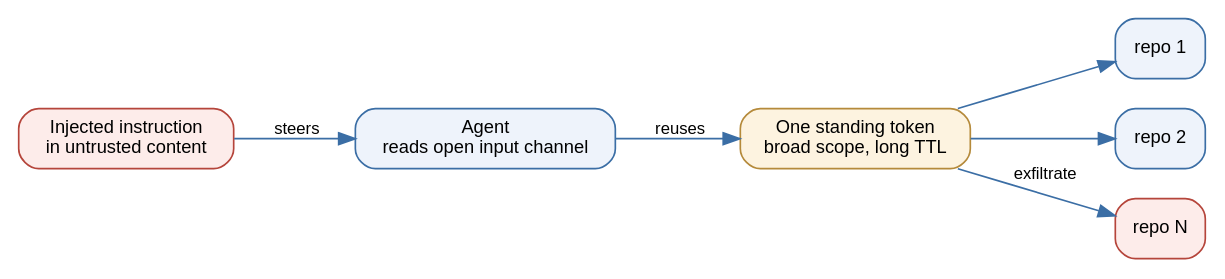
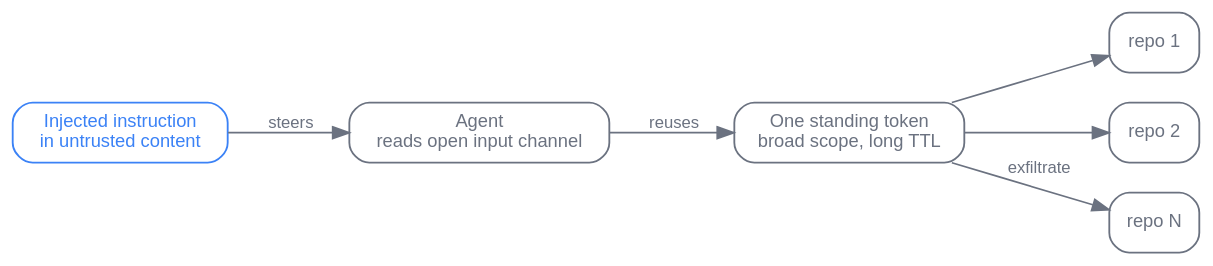
Before and after one commit to latere-ai/ai-as-an-infrastructure: the first of 3 diagrams in en/p8-safety/34-security-authorization.qmd, drawn with Graphviz. The commit also changed 186 other files, not shown here.

First line of the commit message:
book: visual audit pass on all diagrams and figures

````diff
--- a/en/p8-safety/34-security-authorization.qmd
+++ b/en/p8-safety/34-security-authorization.qmd
@@ -40,23 +40,24 @@
 ```{dot}
 //| label: fig-security-ambient-fanout
 //| fig-cap: "Ambient authority: one injected instruction inherits the entire scope of one long-lived token, so the blast radius is the union of every resource the credential covers. After the Invariant Labs GitHub MCP disclosure (2025)."
 digraph fanout {
+  bgcolor="transparent";
   rankdir=LR;
-  node [shape=box, fontname="Helvetica", fontsize=11, style="rounded,filled", fillcolor="#eef3fb", color="#3b6ea5"];
-  edge [fontname="Helvetica", fontsize=10, color="#3b6ea5"];
+  node [shape=box, fontname="Helvetica", fontsize=11, style="rounded", color="#6b7280", fontcolor="#6b7280", penwidth=1.1];
+  edge [fontname="Helvetica", fontsize=10, color="#6b7280", fontcolor="#6b7280"];
 
-  inj  [label="Injected instruction\nin untrusted content", fillcolor="#fdecea", color="#b5453b"];
+  inj  [label="Injected instruction\nin untrusted content", color="#3b82f6", fontcolor="#3b82f6"];
   ag   [label="Agent\nreads open input channel"];
-  tok  [label="One standing token\nbroad scope, long TTL", fillcolor="#fdf3e0", color="#b58a3b"];
+  tok  [label="One standing token\nbroad scope, long TTL"];
 
   r1 [label="repo 1"];
   r2 [label="repo 2"];
-  rn [label="repo N", fillcolor="#fdecea", color="#b5453b"];
+  rn [label="repo N"];
 
   inj -> ag [label="  steers"];
   ag  -> tok [label="  reuses"];
   tok -> r1;
   tok -> r2;
   tok -> rn [label="  exfiltrate"];
 }
 ```
````
